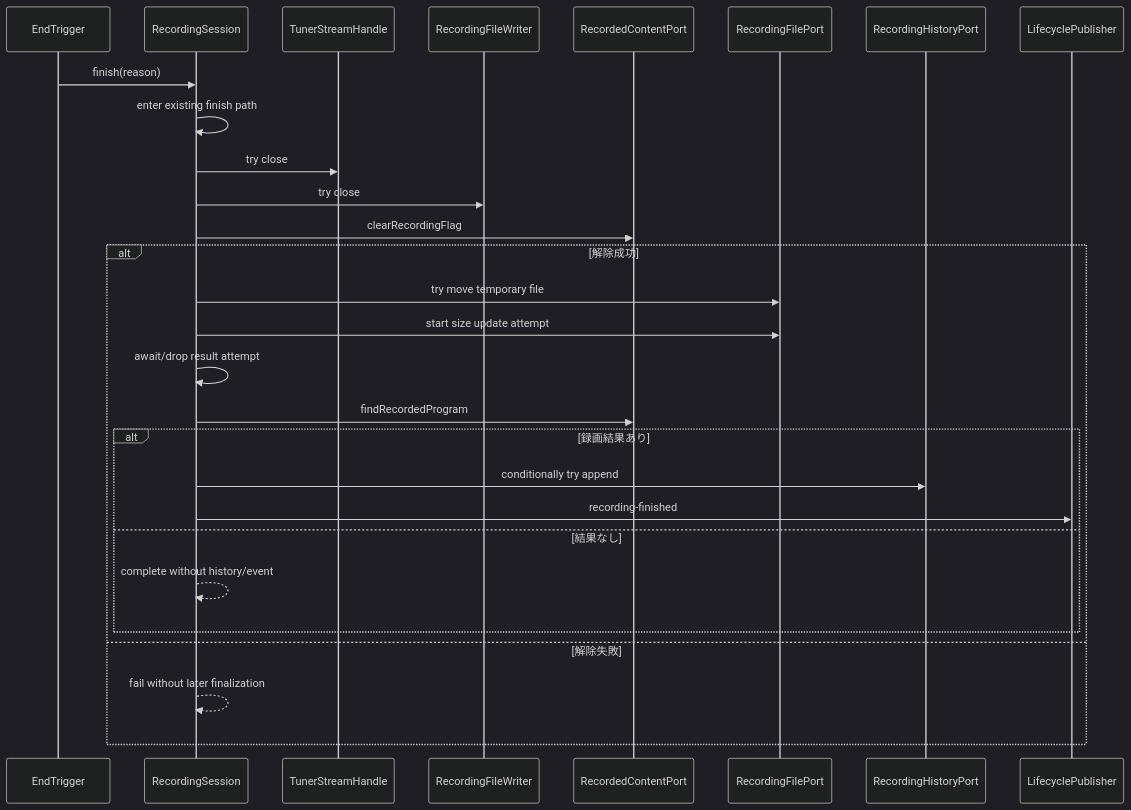
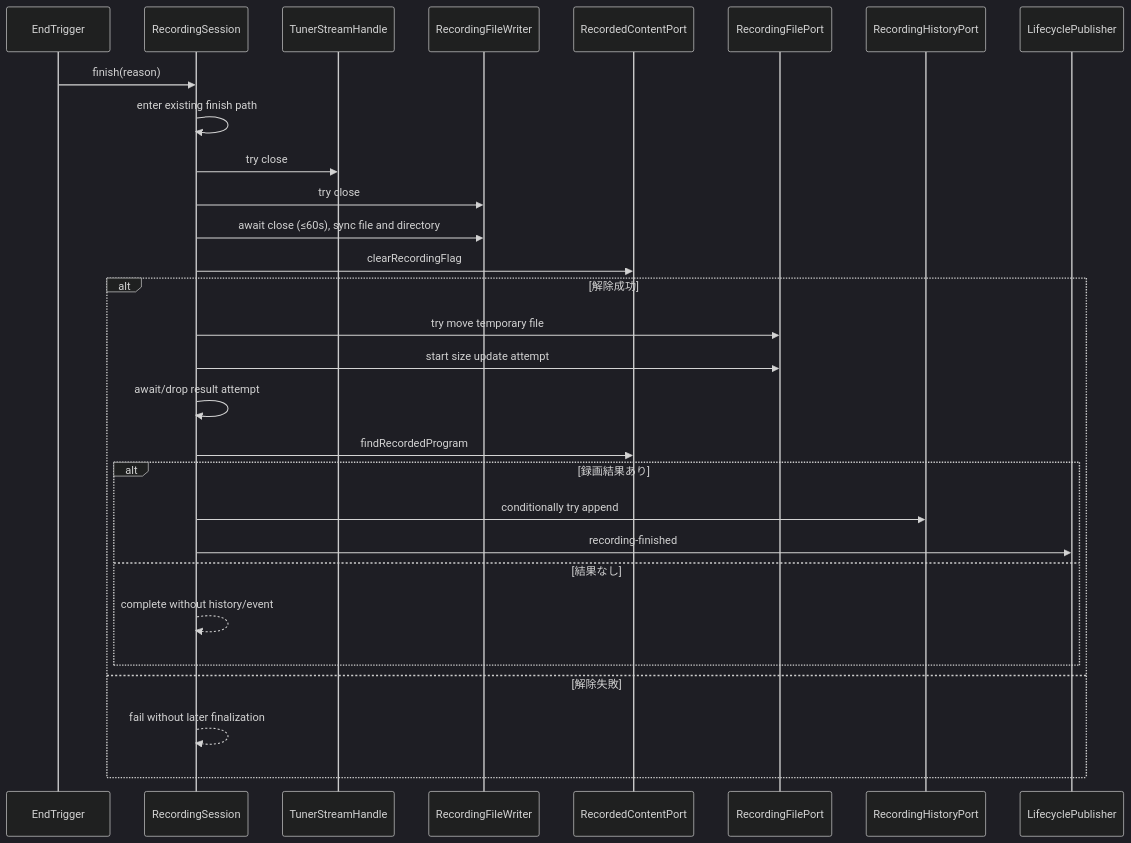
One commit to l3tnun/EPGStation changed the seventh of 7 diagrams in .kiro/specs/server-recording-execution/design.md. Above: the diagram before and after it, drawn with Mermaid (dark theme). The commit also changed other lines of this file and 2 other files, not shown here.

````diff
--- a/.kiro/specs/server-recording-execution/design.md
+++ b/.kiro/specs/server-recording-execution/design.md
@@ -1186,31 +1195,32 @@
 ```mermaid
 sequenceDiagram
     participant Trigger as EndTrigger
     participant Session as RecordingSession
     participant Tuner as TunerStreamHandle
     participant File as RecordingFileWriter
     participant Recorded as RecordedContentPort
     participant Util as RecordingFilePort
     participant History as RecordingHistoryPort
     participant Events as LifecyclePublisher
 
     Trigger->>Session: finish(reason)
     Session->>Session: enter existing finish path
     Session->>Tuner: try close
     Session->>File: try close
+    Session->>File: await close (≤60s), sync file and directory
     Session->>Recorded: clearRecordingFlag
     alt 解除成功
         Session->>Util: try move temporary file
         Session->>Util: start size update attempt
         Session->>Session: await/drop result attempt
         Session->>Recorded: findRecordedProgram
         alt 録画結果あり
             Session->>History: conditionally try append
             Session->>Events: recording-finished
         else 結果なし
             Session-->>Session: complete without history/event
         end
     else 解除失敗
         Session-->>Session: fail without later finalization
     end
 ```
````
